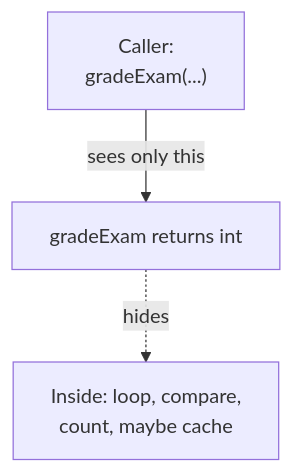
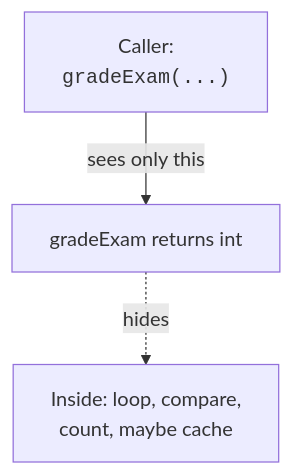
The diagram in content/learn/java-programming-for-beginners/computational-thinking.mdx (dataslope/dataslope), drawn with Mermaid before and after one commit. The commit also changed 153 other files, not shown here.

First line of the commit message:
Render code-only mermaid shapes in monospace; convert step sequences to Steps

````diff
--- a/content/learn/java-programming-for-beginners/computational-thinking.mdx
+++ b/content/learn/java-programming-for-beginners/computational-thinking.mdx
@@ -86,5 +86,5 @@
 ```mermaid
 flowchart TB
-    Caller["Caller:<br/>gradeExam(...)"] -->|sees only this| API["gradeExam returns int"]
+    Caller["Caller:<br/><code>gradeExam(...)</code>"] -->|sees only this| API["gradeExam returns int"]
     API -. hides .-> Inside["Inside: loop, compare,<br/>count, maybe cache"]
 ```
````
